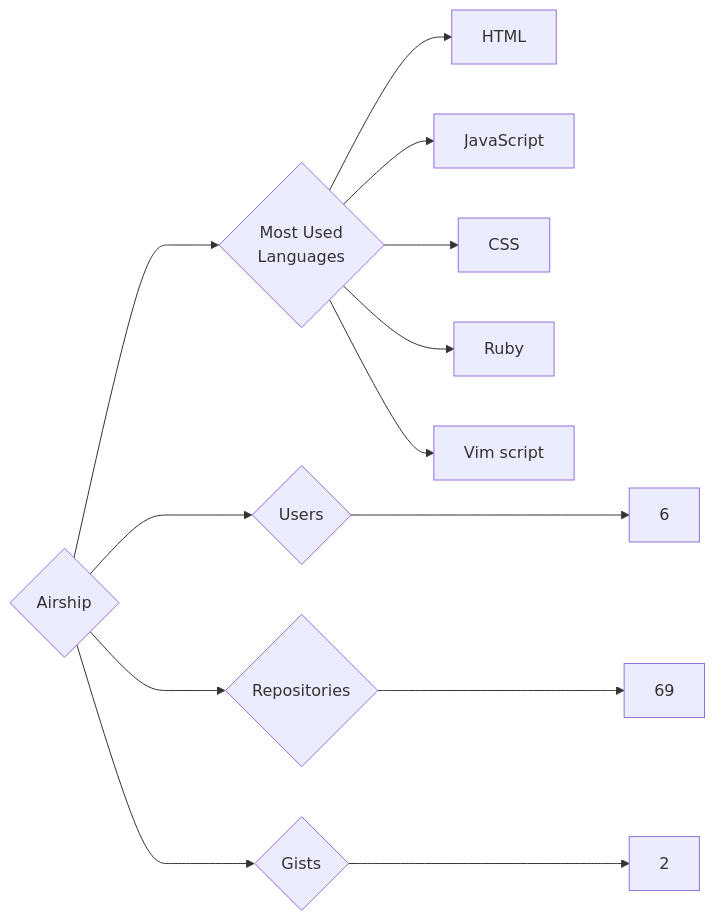
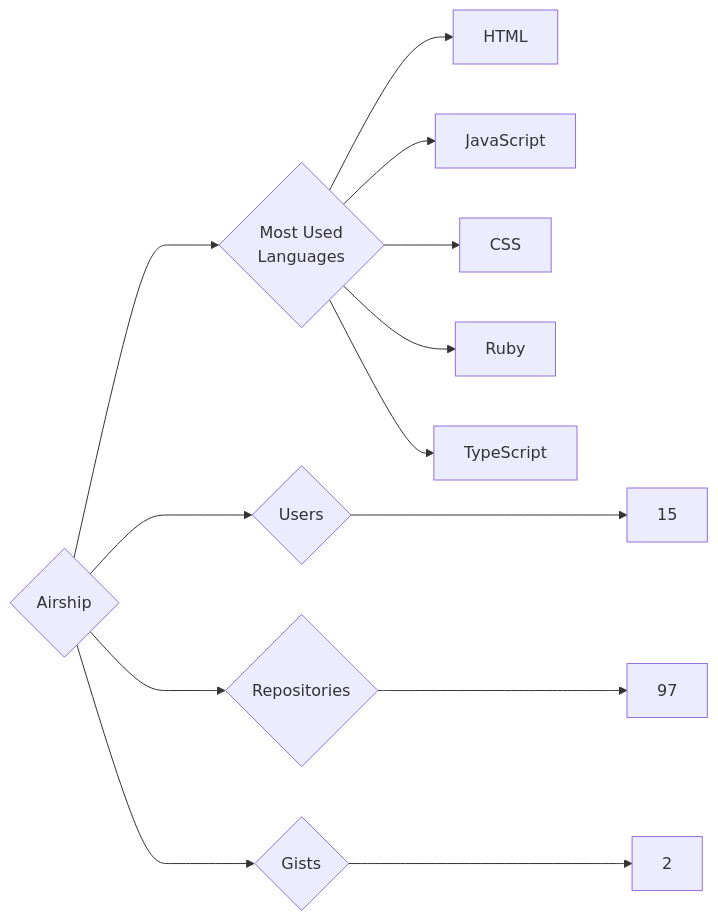
Before and after one commit to trickest/insiders: the diagram in targets/Airship/README.md, drawn with Mermaid. The commit also changed 721 other files, not shown here.

````diff
--- a/targets/Airship/README.md
+++ b/targets/Airship/README.md
@@ -3,13 +3,13 @@
 ```mermaid
 graph LR
 COMPANY_NAME{Airship}
-COMPANY_NAME ---> U{Users} ---> UN[6]
-COMPANY_NAME ---> R{Repositories} ---> RN[69]
+COMPANY_NAME ---> U{Users} ---> UN[15]
+COMPANY_NAME ---> R{Repositories} ---> RN[97]
 COMPANY_NAME ---> G{Gists} ---> GN[2]
 COMPANY_NAME ---> ML{Most Used<br>Languages}
 ML --> HTML[HTML]
 ML --> JavaScript[JavaScript]
 ML --> CSS[CSS]
 ML --> Ruby[Ruby]
-ML --> Vim_script[Vim script]
+ML --> TypeScript[TypeScript]
 ```
````
